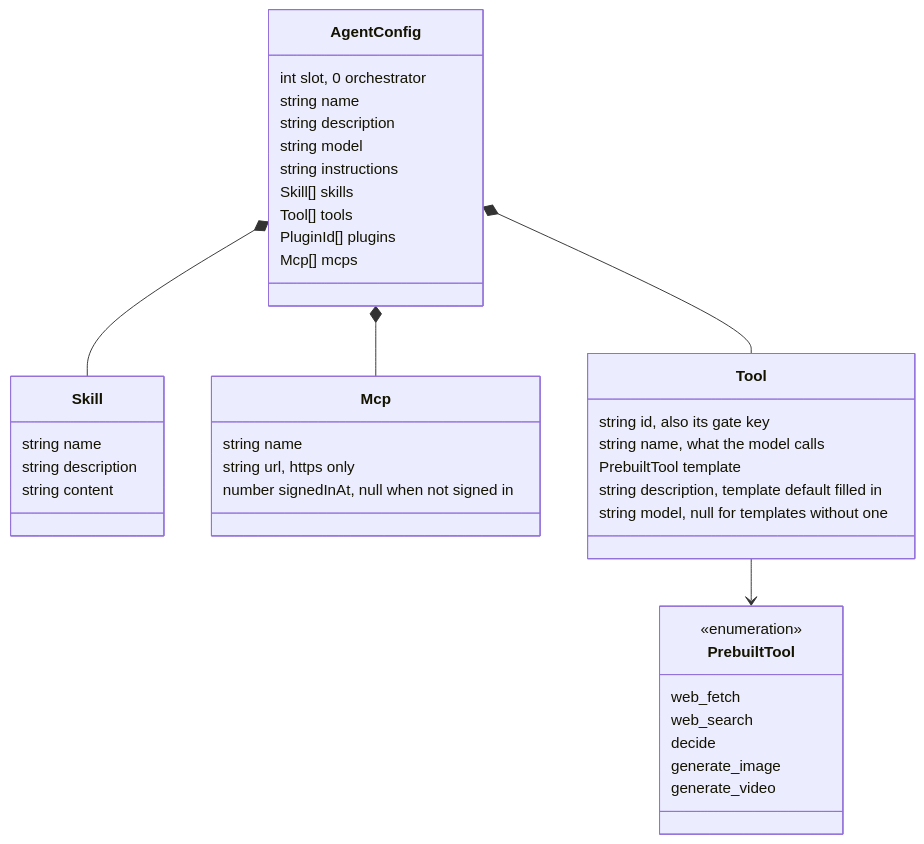
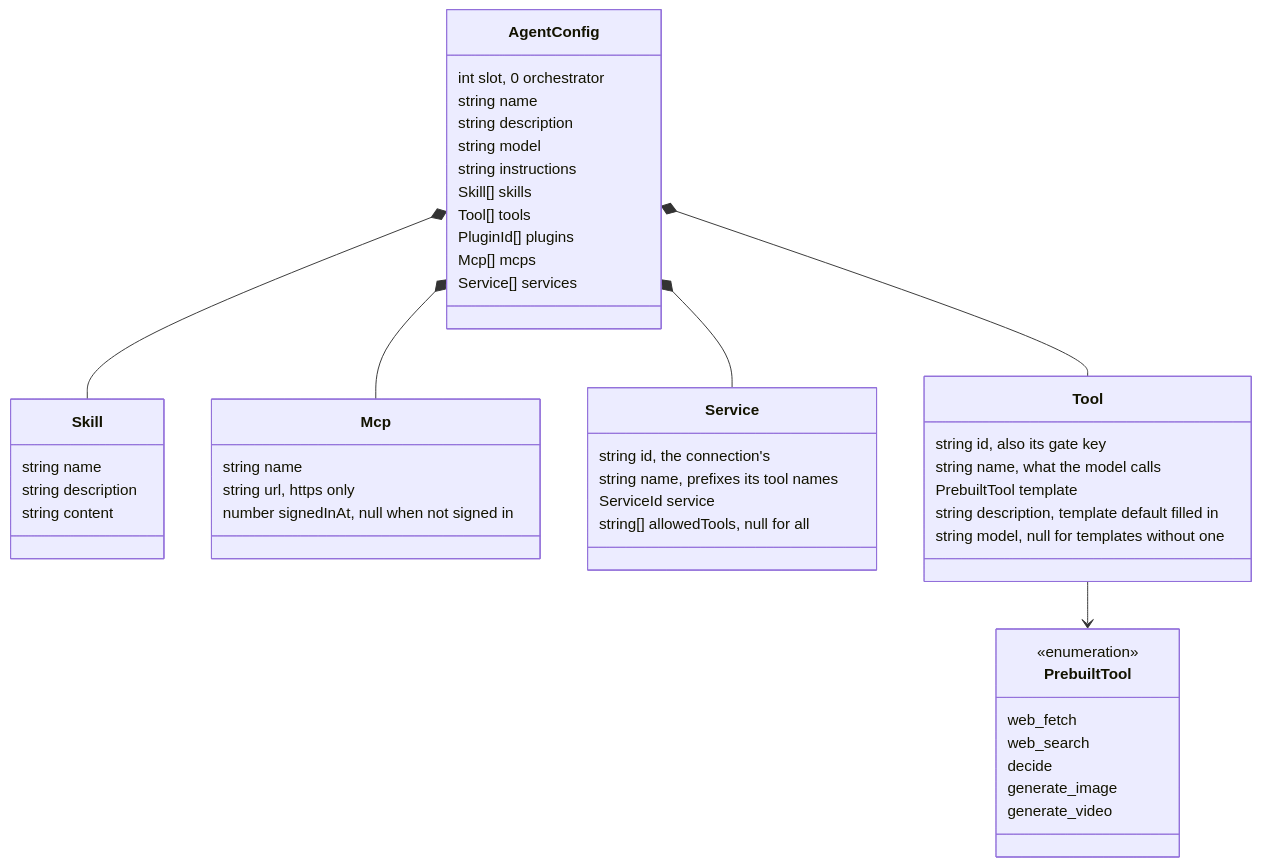
Before and after one commit to riley-zammit/Eve-Foundry: the second of 3 diagrams in architecture.md, drawn with Mermaid. The commit also changed other lines of this file and 30 other files, not shown here.

````diff
--- a/architecture.md
+++ b/architecture.md
@@ -252,43 +286,51 @@
 ```mermaid
 classDiagram
     class AgentConfig {
         int slot, 0 orchestrator
         string name
         string description
         string model
         string instructions
         Skill[] skills
         Tool[] tools
         PluginId[] plugins
         Mcp[] mcps
+        Service[] services
     }
     class Skill {
         string name
         string description
         string content
     }
     class Mcp {
         string name
         string url, https only
         number signedInAt, null when not signed in
+    }
+    class Service {
+        string id, the connection's
+        string name, prefixes its tool names
+        ServiceId service
+        string[] allowedTools, null for all
     }
     class Tool {
         string id, also its gate key
         string name, what the model calls
         PrebuiltTool template
         string description, template default filled in
         string model, null for templates without one
     }
     class PrebuiltTool {
         <<enumeration>>
         web_fetch
         web_search
         decide
         generate_image
         generate_video
     }
     AgentConfig *-- Skill
     AgentConfig *-- Mcp
+    AgentConfig *-- Service
     AgentConfig *-- Tool
     Tool --> PrebuiltTool
 ```
````
